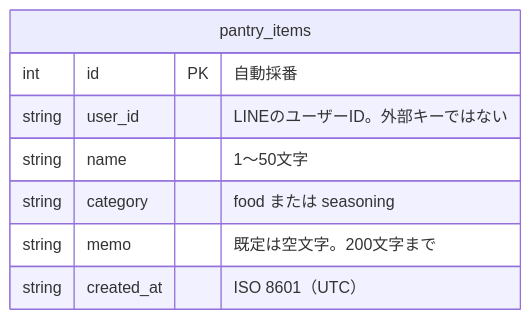
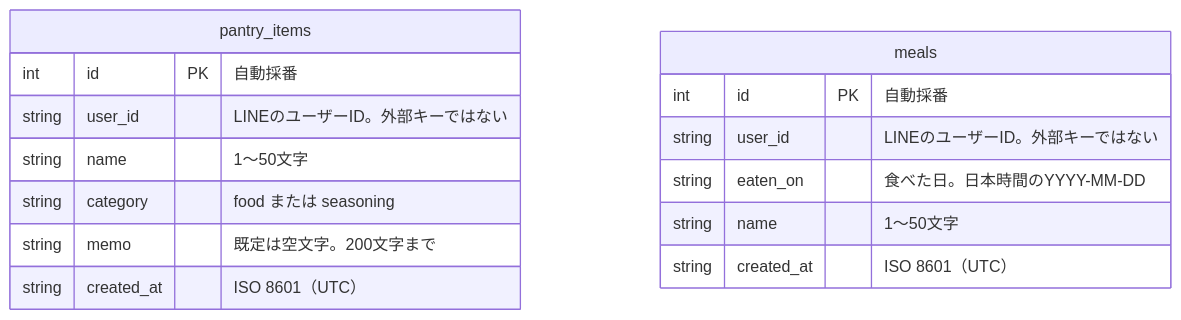
One commit to chelfansea-engineer/kondate-bot changed the sixth of 6 diagrams in docs/design.md. Above: the diagram before and after it, drawn with Mermaid. The commit also changed other lines of this file and 3 other files, not shown here.

````diff
--- a/docs/design.md
+++ b/docs/design.md
@@ -210,12 +227,19 @@
 ```mermaid
 %% check:er
 erDiagram
   pantry_items {
     int id PK "自動採番"
     string user_id "LINEのユーザーID。外部キーではない"
     string name "1〜50文字"
     string category "food または seasoning"
     string memo "既定は空文字。200文字まで"
     string created_at "ISO 8601（UTC）"
   }
+  meals {
+    int id PK "自動採番"
+    string user_id "LINEのユーザーID。外部キーではない"
+    string eaten_on "食べた日。日本時間のYYYY-MM-DD"
+    string name "1〜50文字"
+    string created_at "ISO 8601（UTC）"
+  }
 ```
````
